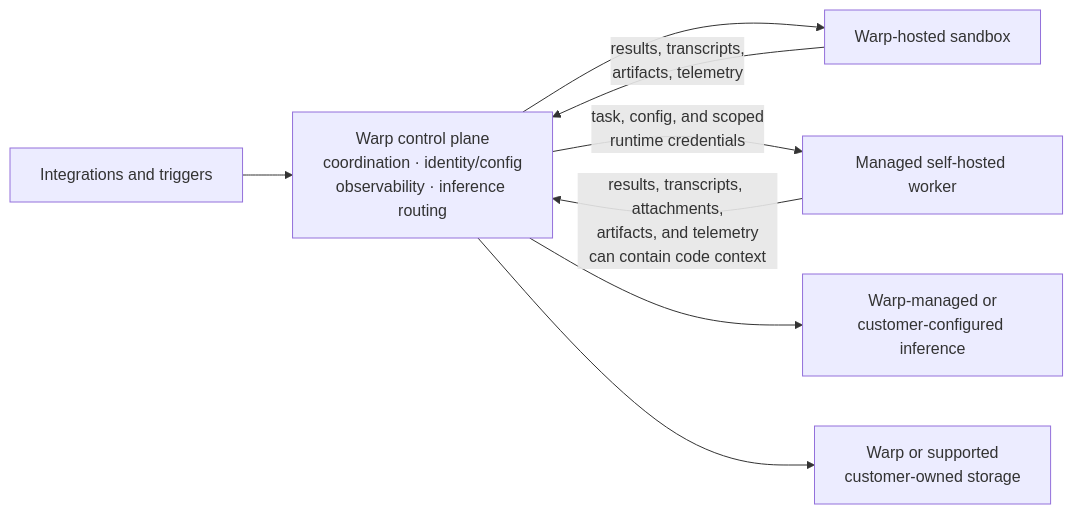
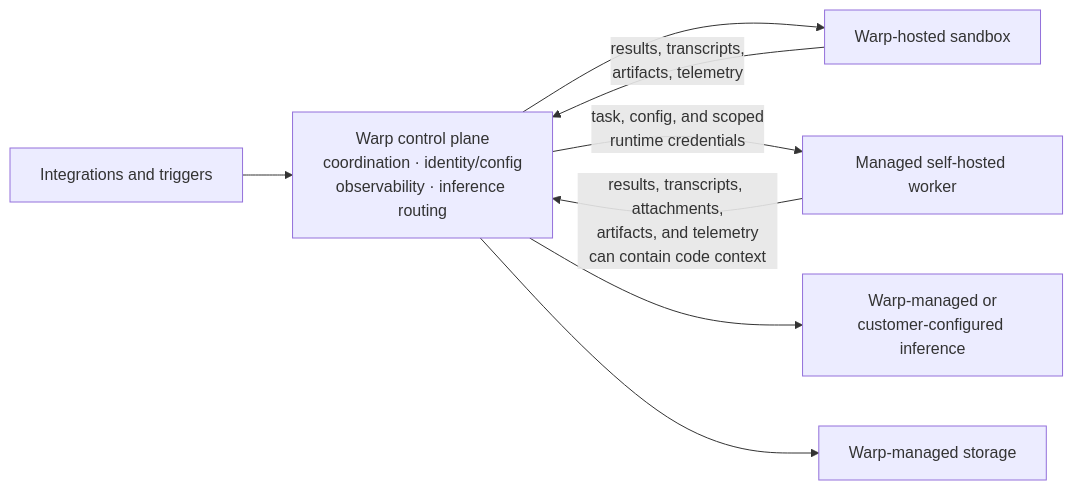
One commit to warpdotdev/docs changed the diagram in src/content/docs/factories/infrastructure-and-security.mdx. Above: the diagram before and after it, drawn with Mermaid. The commit also changed other lines of this file and 20 other files, not shown here.

First line of the commit message:
docs: add an architecture reference page and embed the platform diagrams (#661)

````diff
--- a/src/content/docs/factories/infrastructure-and-security.mdx
+++ b/src/content/docs/factories/infrastructure-and-security.mdx
@@ -19,10 +19,10 @@
 ```mermaid
 flowchart LR
   I["Integrations and triggers"] --> C["Warp control plane<br/>coordination · identity/config<br/>observability · inference routing"]
   C --> H["Warp-hosted sandbox"]
   C -->|"task, config, and scoped<br/>runtime credentials"| S["Managed self-hosted worker"]
   H -->|"results, transcripts,<br/>artifacts, telemetry"| C
   S -->|"results, transcripts, attachments,<br/>artifacts, and telemetry<br/>can contain code context"| C
   C --> P["Warp-managed or<br/>customer-configured inference"]
-  C --> D["Warp or supported<br/>customer-owned storage"]
+  C --> D["Warp-managed storage"]
 ```
````
